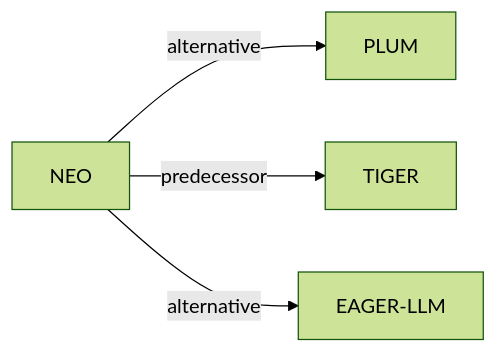
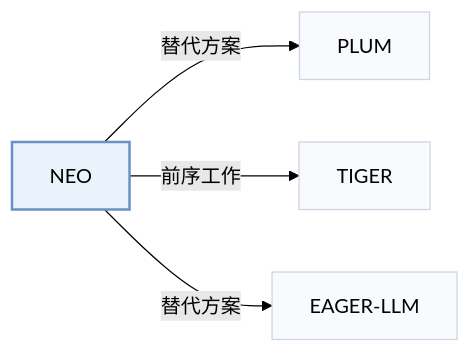
The second of 2 diagrams in pages/zh/papers/neo.md (Galaxy-ghost/Awesome-SID-Generative-Rec), drawn with Mermaid (forest theme) before and after one commit. The commit also changed other lines of this file and 649 other files, not shown here.

Commit message:
writer-05: also tags and modality index (schema, check, build, visuals); summary field removed; calibration data for 12 papers

````diff
--- a/pages/zh/papers/neo.md
+++ b/pages/zh/papers/neo.md
@@ -68,7 +72,11 @@
 ```mermaid
 flowchart LR
     P["NEO"]
-    P -->|alternative| A["PLUM"]
-    P -->|predecessor| B["TIGER"]
-    P -->|alternative| C["EAGER-LLM"]
+    P -->|"替代方案"| A["PLUM"]
+    P -->|"前序工作"| B["TIGER"]
+    P -->|"替代方案"| C["EAGER-LLM"]
+    classDef main fill:#eaf2fb,stroke:#6b8fc7,stroke-width:2px
+    classDef peer fill:#f8fafc,stroke:#cbd5e1
+    class P main
+    class A,B,C peer
 ```
````
